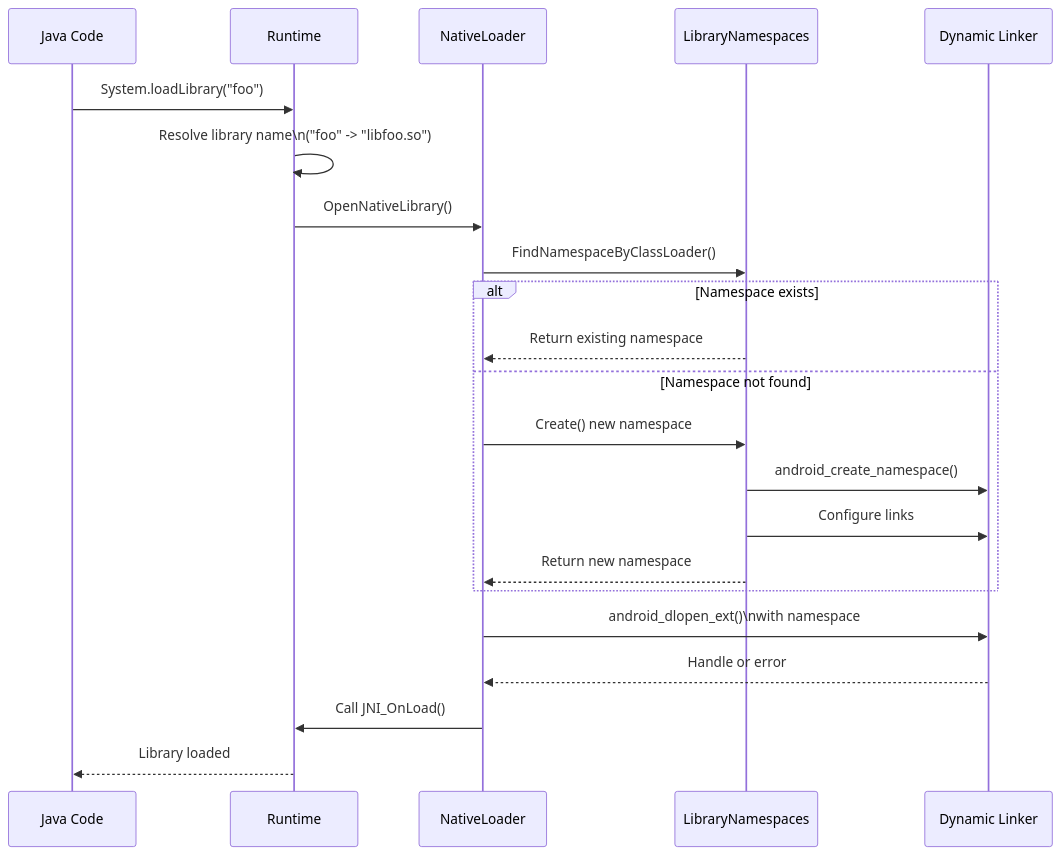
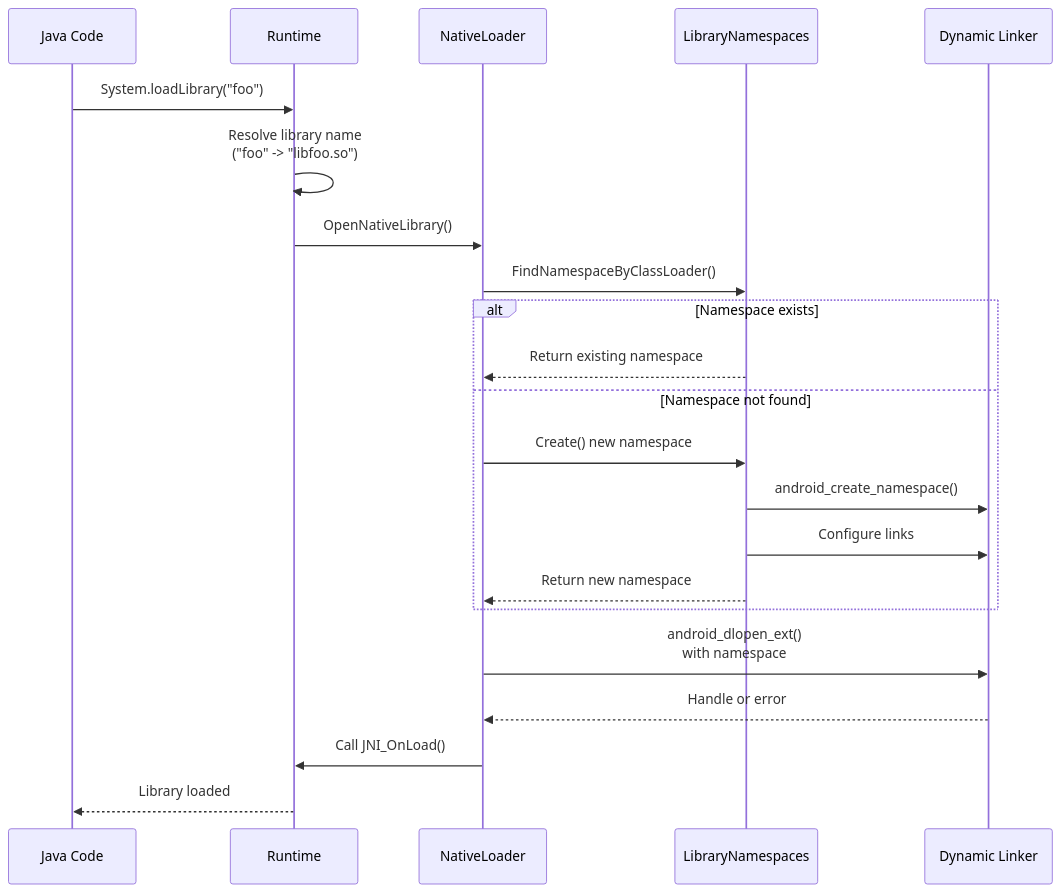
Before and after one commit to fwrite0920/aosp-internal-book: diagram 23 of 26 in 18-art-runtime.md, drawn with Mermaid. The commit also changed other lines of this file and 6 other files, not shown here.

First line of the commit message:
Fix Mermaid diagrams and formatting in Parts V-VI (chapters 18-25)

````diff
--- a/18-art-runtime.md
+++ b/18-art-runtime.md
@@ -3951,25 +3951,25 @@
 ```mermaid
 sequenceDiagram
     participant Java as Java Code
     participant Runtime as Runtime
     participant NL as NativeLoader
     participant NS as LibraryNamespaces
     participant Linker as Dynamic Linker
 
     Java->>Runtime: System.loadLibrary("foo")
-    Runtime->>Runtime: Resolve library name\n("foo" -> "libfoo.so")
+    Runtime->>Runtime: Resolve library name<br/>("foo" -> "libfoo.so")
     Runtime->>NL: OpenNativeLibrary()
     NL->>NS: FindNamespaceByClassLoader()
     alt Namespace exists
         NS-->>NL: Return existing namespace
     else Namespace not found
         NL->>NS: Create() new namespace
         NS->>Linker: android_create_namespace()
         NS->>Linker: Configure links
         NS-->>NL: Return new namespace
     end
-    NL->>Linker: android_dlopen_ext()\nwith namespace
+    NL->>Linker: android_dlopen_ext()<br/>with namespace
     Linker-->>NL: Handle or error
     NL->>Runtime: Call JNI_OnLoad()
     Runtime-->>Java: Library loaded
 ```
````
